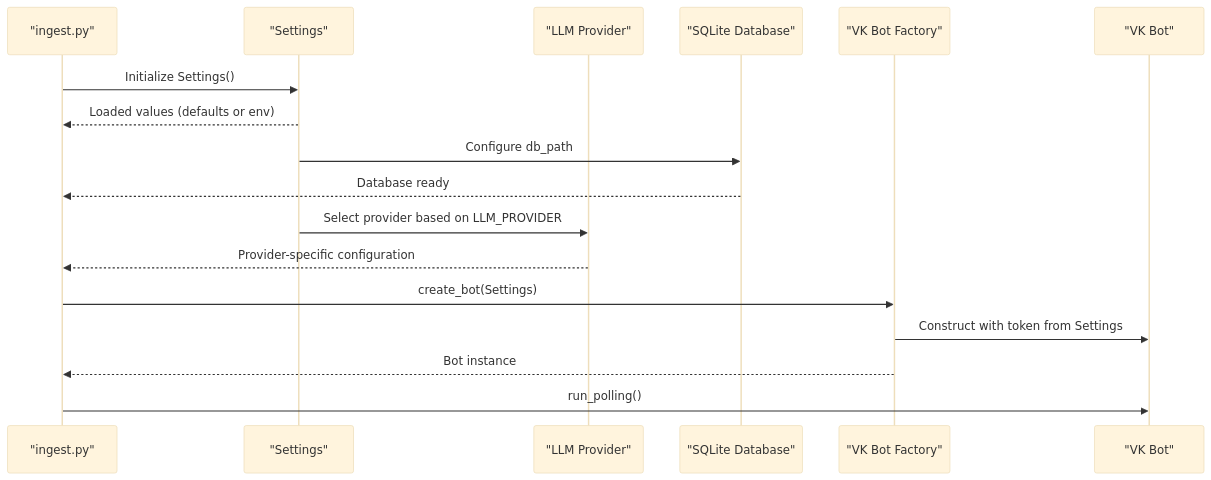
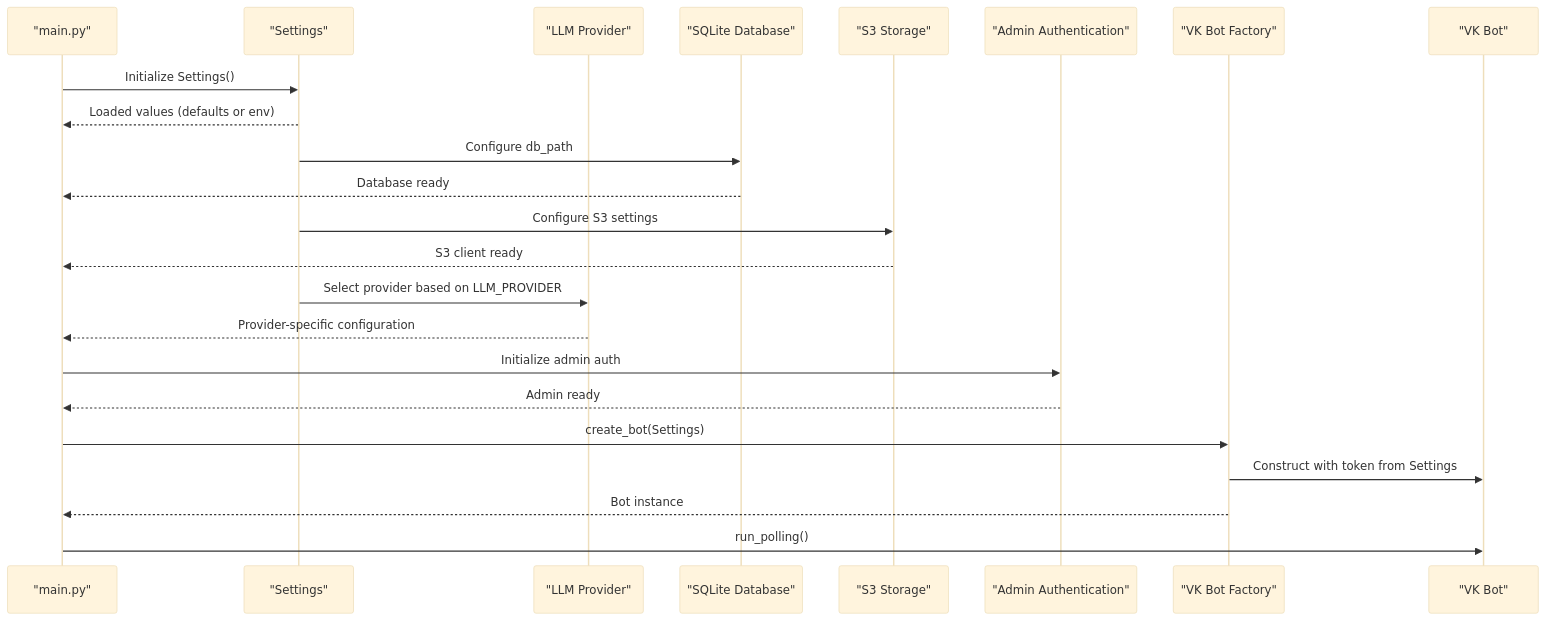
The second of 9 diagrams in .qoder/repowiki/en/content/Configuration Management.md (ognelis/cafetera_hr_bot), drawn with Mermaid (base theme) before and after one commit. The commit also changed other lines of this file and 15 other files, not shown here.

````diff
--- a/.qoder/repowiki/en/content/Configuration Management.md
+++ b/.qoder/repowiki/en/content/Configuration Management.md
@@ -123,19 +134,25 @@
 ```mermaid
 sequenceDiagram
-participant Script as "ingest.py"
+participant Script as "main.py"
 participant Settings as "Settings"
 participant Provider as "LLM Provider"
 participant Storage as "SQLite Database"
+participant S3Storage as "S3 Storage"
+participant AdminAuth as "Admin Authentication"
 participant VKBot as "VK Bot Factory"
 participant VK as "VK Bot"
 Script->>Settings : Initialize Settings()
 Settings-->>Script : Loaded values (defaults or env)
 Settings->>Storage : Configure db_path
 Storage-->>Script : Database ready
+Settings->>S3Storage : Configure S3 settings
+S3Storage-->>Script : S3 client ready
 Settings->>Provider : Select provider based on LLM_PROVIDER
 Provider-->>Script : Provider-specific configuration
+Script->>AdminAuth : Initialize admin auth
+AdminAuth-->>Script : Admin ready
 Script->>VKBot : create_bot(Settings)
 VKBot->>VK : Construct with token from Settings
 VKBot-->>Script : Bot instance
 Script->>VK : run_polling()
 ```
````
